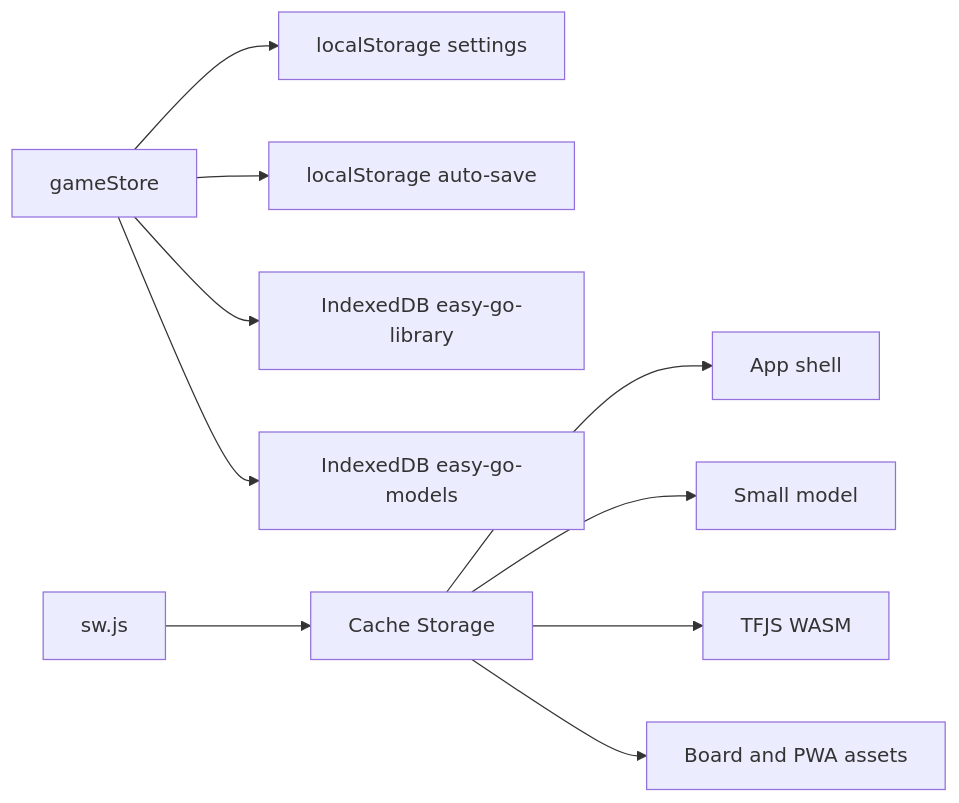
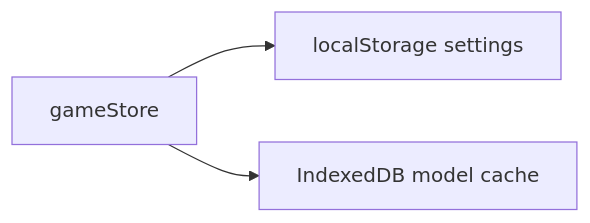
The third of 3 diagrams in docs/diagram.md (huazhechen/easy-go), drawn with Mermaid before and after one commit. The commit also changed 7 other files, not shown here.

````diff
--- a/docs/diagram.md
+++ b/docs/diagram.md
@@ -67,12 +67,5 @@
 ```mermaid
 flowchart LR
   Store["gameStore"] --> Settings["localStorage settings"]
-  Store --> AutoSave["localStorage auto-save"]
-  Store --> Library["IndexedDB easy-go-library"]
-  Store --> ModelUpload["IndexedDB easy-go-models"]
-  ServiceWorker["sw.js"] --> Cache["Cache Storage"]
-  Cache --> Shell["App shell"]
-  Cache --> Model["Small model"]
-  Cache --> Wasm["TFJS WASM"]
-  Cache --> Assets["Board and PWA assets"]
+  Store --> ModelCache["IndexedDB model cache"]
 ```
````
